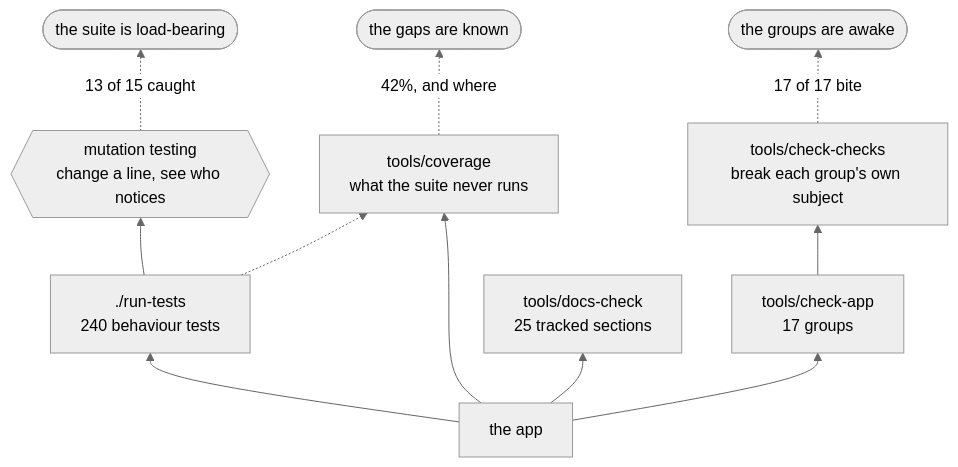
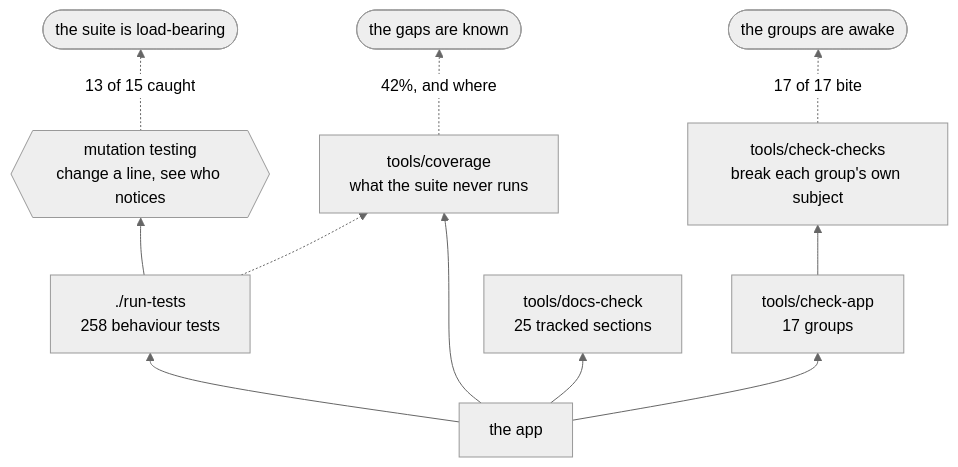
Before and after one commit to minormending/crystal-pilot-mobile: the second of 2 diagrams in docs/DEVELOPING.md, drawn with Mermaid (neutral theme). The commit also changed other lines of this file and 7 other files, not shown here.

````diff
--- a/docs/DEVELOPING.md
+++ b/docs/DEVELOPING.md
@@ -118,13 +118,13 @@
 ```mermaid
 flowchart BT
-    C["the app"] --> T["./run-tests<br/>240 behaviour tests"]
+    C["the app"] --> T["./run-tests<br/>258 behaviour tests"]
     C --> A["tools/check-app<br/>17 groups"]
     C --> D["tools/docs-check<br/>25 tracked sections"]
     C --> V["tools/coverage<br/>what the suite never runs"]
     T --> M{{"mutation testing<br/>change a line, see who notices"}}
     A --> K["tools/check-checks<br/>break each group's own subject"]
     T -.-> V
     M -.->|"13 of 15 caught"| R(["the suite is load-bearing"])
     K -.->|"17 of 17 bite"| R2(["the groups are awake"])
     V -.->|"42%, and where"| R3(["the gaps are known"])
 ```
````
